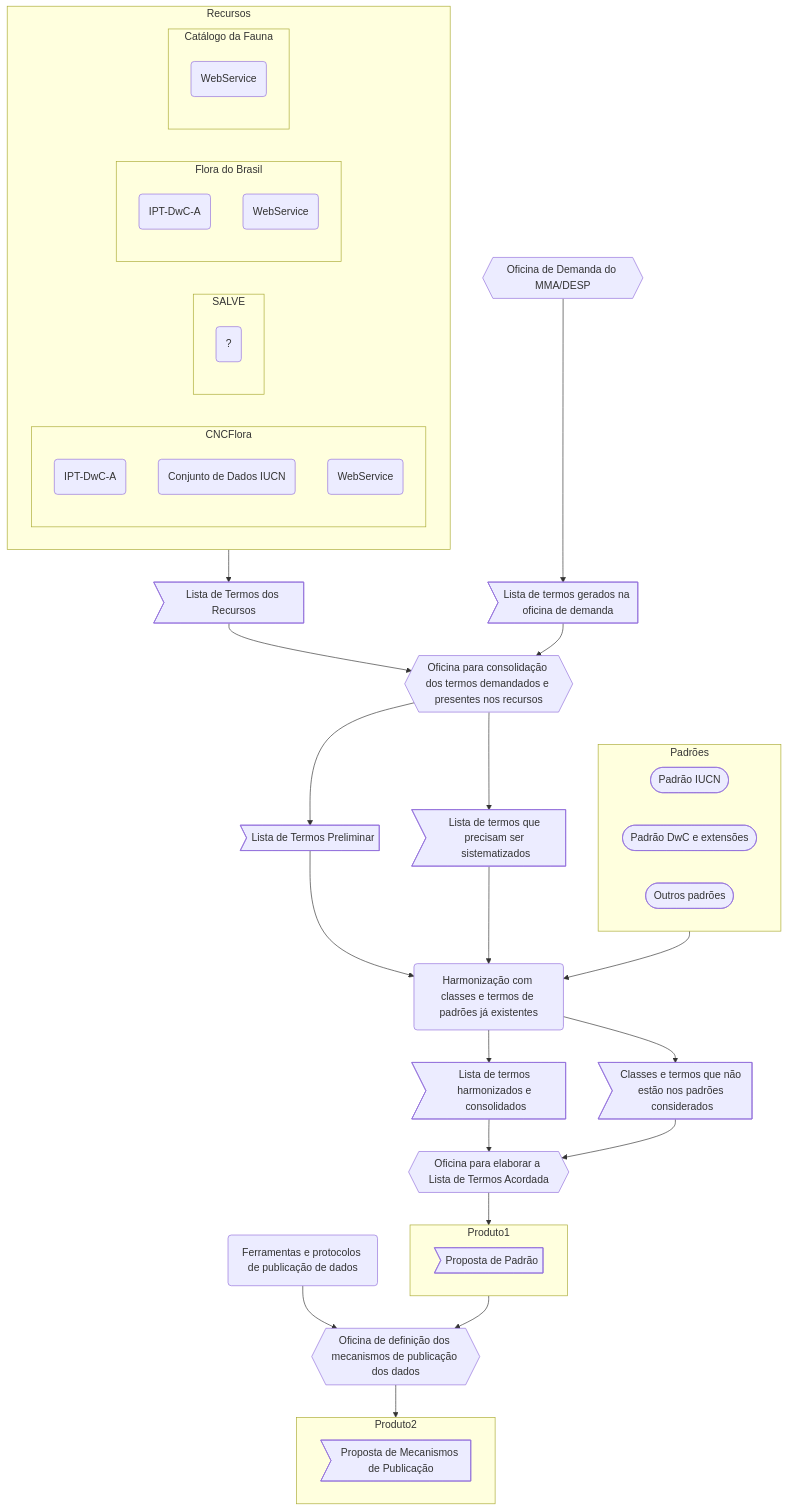
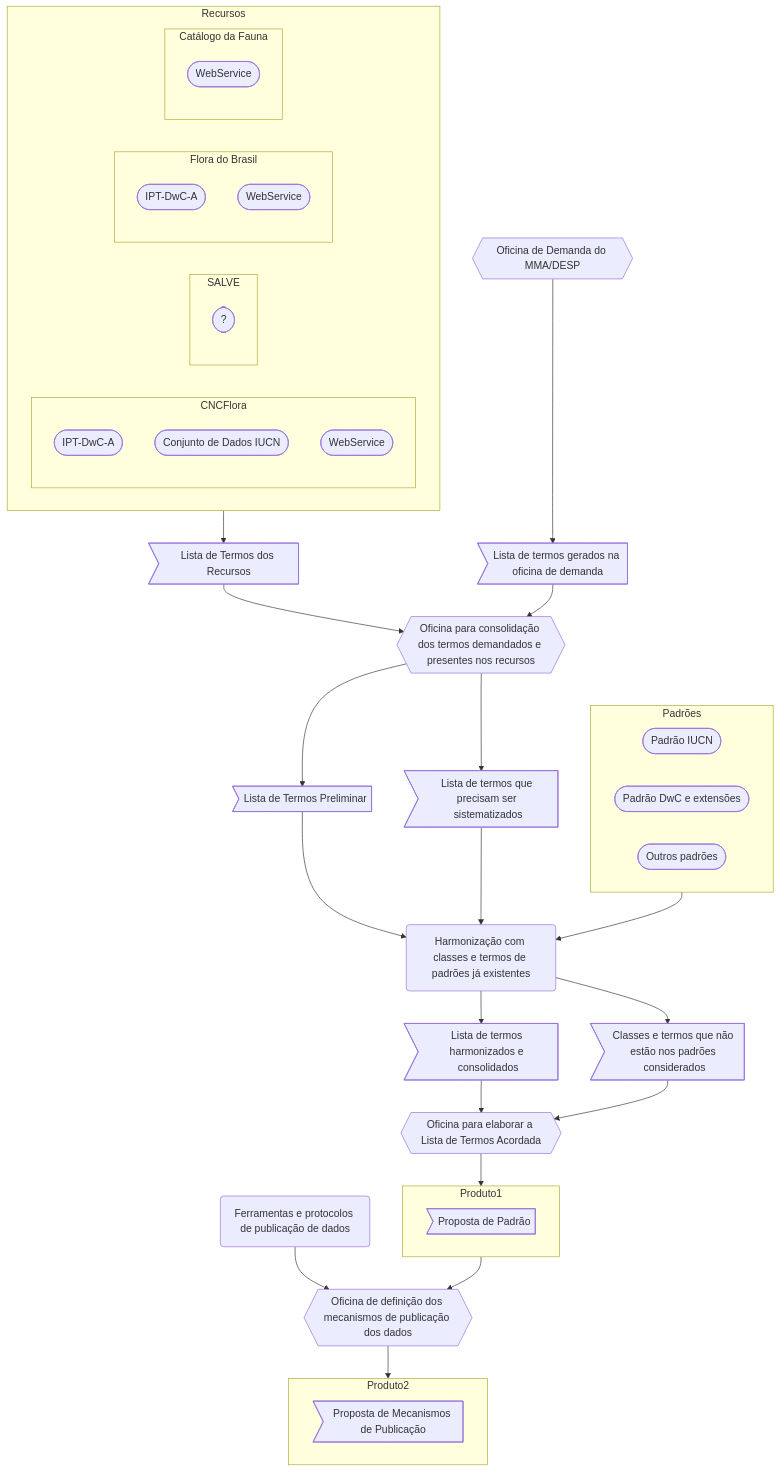
One commit to jlanna/MMA-Ameacadas changed the first of 2 diagrams in plano-de-trabalho/fluxograma.md. Above: the diagram before and after it, drawn with Mermaid.

```diff
--- a/plano-de-trabalho/fluxograma.md
+++ b/plano-de-trabalho/fluxograma.md
@@ -11,22 +11,22 @@
         direction RL    
         subgraph CNCFlora
             direction TB
-            rec1(IPT-DwC-A)
-            rec2(Conjunto de Dados IUCN)
-            rec3(WebService)
+            rec1([IPT-DwC-A])
+            rec2([Conjunto de Dados IUCN])
+            rec3([WebService])
         end
         subgraph SALVE
             direction TB
-            rec4(?)
+            rec4([?])
         end
         subgraph Flora do Brasil
             direction TB
-            rec5(IPT-DwC-A)
-            rec6(WebService)
+            rec5([IPT-DwC-A])
+            rec6([WebService])
         end
         subgraph Catálogo da Fauna
             direction TB
-            rec8(WebService)
+            rec8([WebService])
         end
      end
     
```
